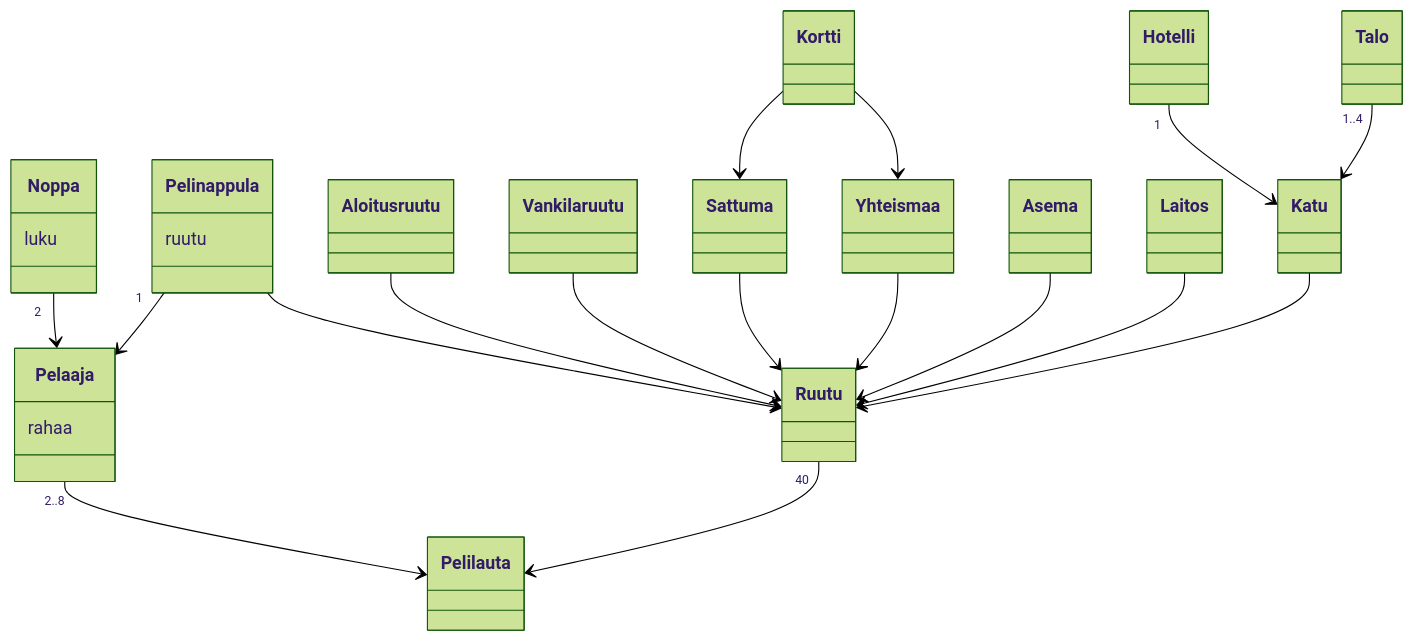
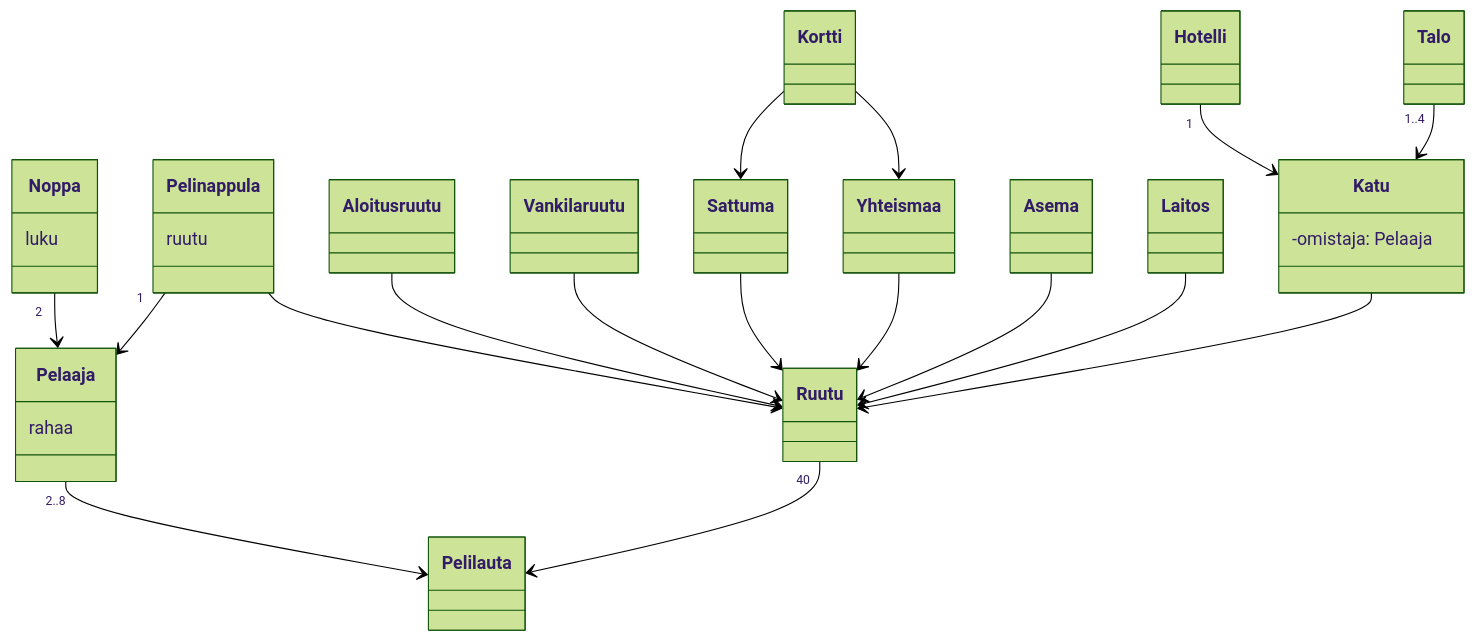
One commit to Yahimoh/ot-harjoitustyo changed the diagram in laskarit/viikko3/Monopoli_kaavio.md. Above: the diagram before and after it, drawn with Mermaid (forest theme).

````diff
--- a/laskarit/viikko3/Monopoli_kaavio.md
+++ b/laskarit/viikko3/Monopoli_kaavio.md
@@ -1,73 +1,74 @@
 ```mermaid
  classDiagram
 	
 	Noppa "2" --> Pelaaja
 	Pelaaja "2..8" --> Pelilauta
 	Ruutu "40" --> Pelilauta
 	Pelinappula "1" --> Pelaaja
 	Pelinappula --> Ruutu
 
 	Aloitusruutu --> Ruutu
 	Vankilaruutu --> Ruutu
 	Sattuma --> Ruutu
 	Yhteismaa --> Ruutu
 	Asema --> Ruutu
 	Laitos --> Ruutu
 	Katu --> Ruutu
 	
 	Hotelli "1" --> Katu
 	Talo "1..4" --> Katu
 	
 	Kortti --> Sattuma
 	Kortti --> Yhteismaa
 	
 
 	class Noppa {
 		luku
 	}
 
         class Pelaaja {
 		rahaa
         }
 
 	class Pelilauta {
 	}
 
 	class Ruutu {
 	}
 	
 	class Pelinappula {
 		ruutu
 	}
 
 	class Aloitusruutu {
 	}
 
 	class Vankilaruutu {
 	}
 		
 	class Sattuma {
 	}	
 	
 	class Yhteismaa {
 	}
 	
 	class Asema {
 	}
 	
 	class Laitos {
 	}
 
 	class Katu {
+		-omistaja: Pelaaja
 	}
 	
 	class Hotelli {
 	}
 	
 	class Talo {
 	}
 	
 	class Kortti {
 	}
 	 
 ```
````
